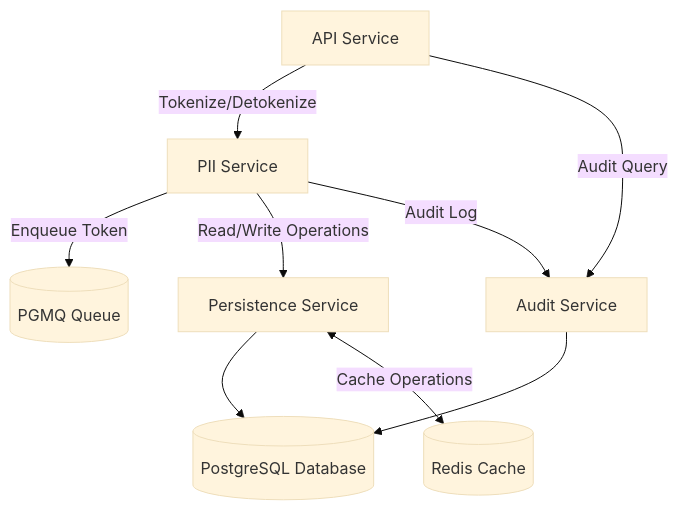
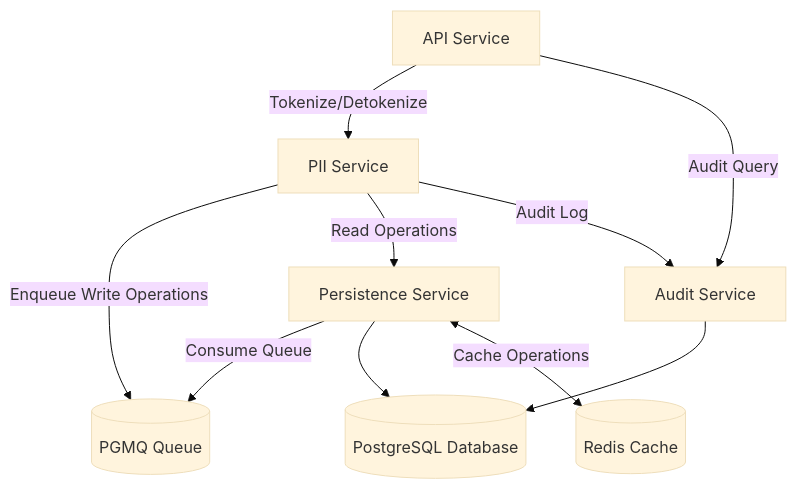
One commit to PlainFunction/mistokenly changed the diagram in README.md. Above: the diagram before and after it, drawn with Mermaid (base theme).

Commit message:
Adjust diagram

````diff
--- a/README.md
+++ b/README.md
@@ -38,19 +38,20 @@
 ```mermaid
 flowchart TD
     APIGW[API Service]
     PII[PII Service]
     Persist[Persistence Service]
     Audit[Audit Service]
     DB[(PostgreSQL Database)]
     MQ[(PGMQ Queue)]
     Redis[(Redis Cache)]
 
     APIGW -->|Tokenize/Detokenize| PII
     APIGW -->|Audit Query| Audit
-    PII -->|Enqueue Token| MQ
-    PII -->|Read/Write Operations| Persist
+    PII -->|Enqueue Write Operations| MQ
+    PII -->|Read Operations| Persist
+    Persist -->|Consume Queue| MQ
     Persist --> DB
     Persist <-->|Cache Operations| Redis
     PII -->|Audit Log| Audit
     Audit --> DB
 ```
````
